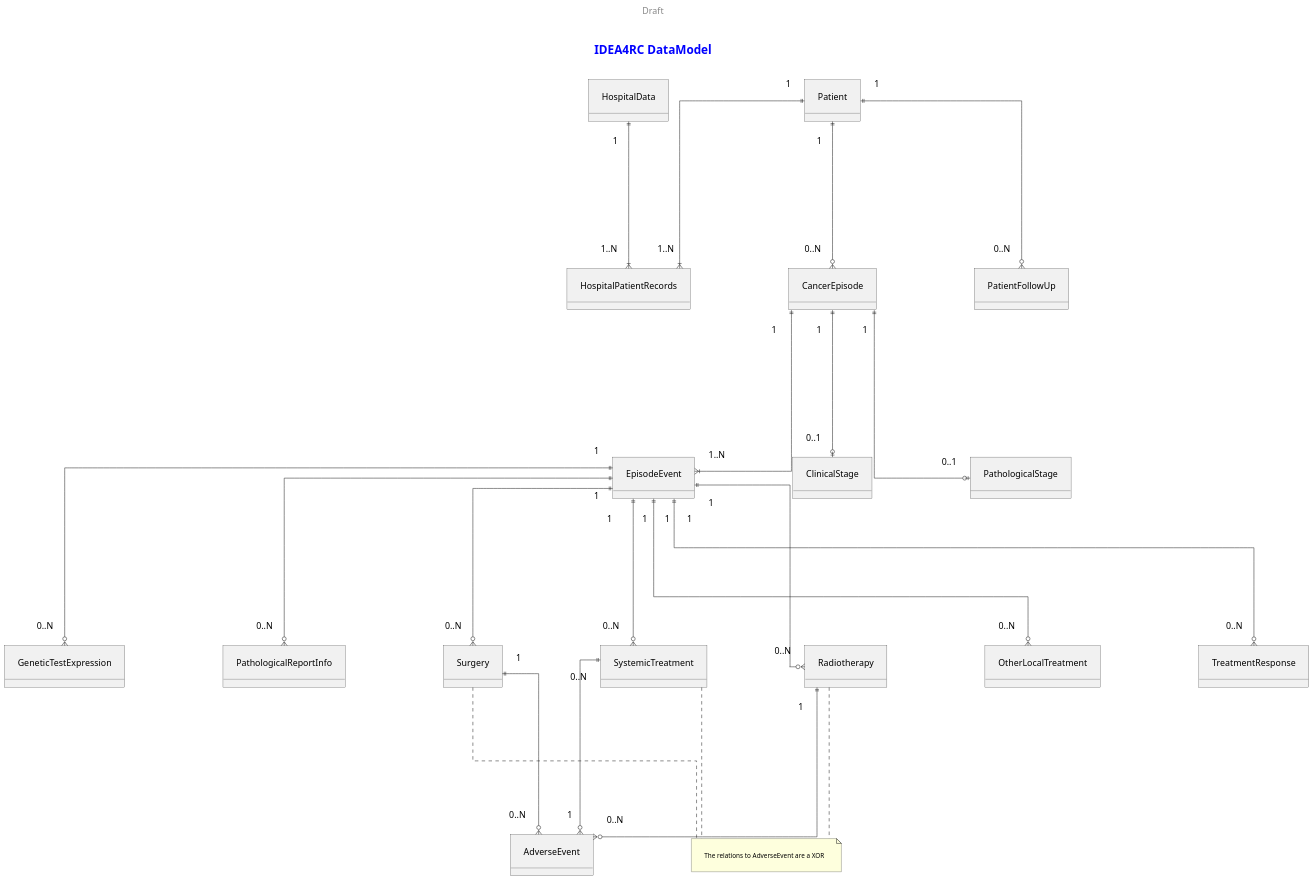
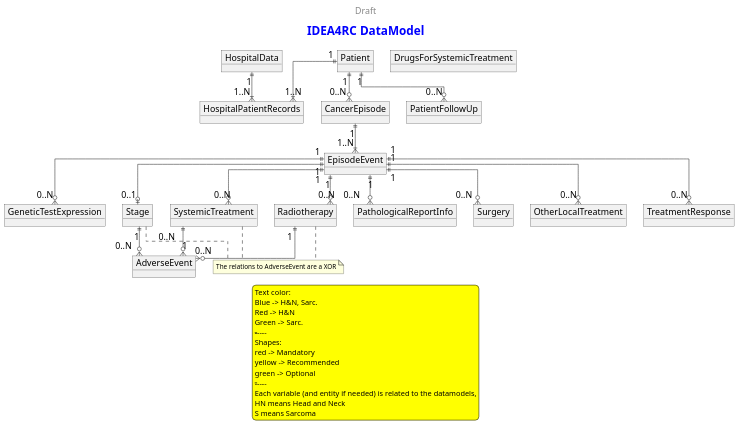
One commit to unai-zulaika/IDEA4RC-Datamodel-tools changed the diagram in ERD_builder/output_simple.wsd. Above: the diagram before and after it, drawn with PlantUML. The commit also changed 5 other files, not shown here.

```diff
--- a/ERD_builder/output_simple.wsd
+++ b/ERD_builder/output_simple.wsd
@@ -1,103 +1,130 @@
 @startuml
 
 <style>
 title {
   HorizontalAlignment right
   FontSize 24
   FontColor blue
 }
 
 header {
   HorizontalAlignment center
   FontSize 18
   ' FontColor purple
 }
 
 footer {
   HorizontalAlignment left
   FontSize 28
   FontColor red
 }
 
 legend {
   FontSize 15
   BackGroundColor yellow
   Margin 10
   Padding 5
 }
 
 caption {
   FontSize 32
 }
 
 arrow {
   FontSize 18
-  Padding 90
+  Padding 50
   Margin 50
 }
 
 </style>
 
 header Draft
 
 title IDEA4RC DataModel
 
 ' hide the spot
 hide circle
 
 ' avoid problems with angled crows feet
 skinparam linetype ortho
-skinparam padding 20
-skinparam nodesep 200
-skinparam ranksep 300
 
-object "Patient" as p
-object "HospitalData" as hd
-object "HospitalPatientRecords" as hpr
-object "PatientFollowUp" as pfu
-object "CancerEpisode" as ce
-object "EpisodeEvent" as ee
-object "GeneticTestExpression" as gte
-object "ClinicalStage" as cs
-object "PathologicalStage" as ps
-object "PathologicalReportInfo" as pri
-object "Surgery" as s
-object "SystemicTreatment" as st
-object "Radiotherapy" as r
-object "OtherLocalTreatment" as olt
-object "TreatmentResponse" as tr
-object "AdverseEvent" as ae
+object "Patient" as p {
+    }
+object "HospitalData" as hd {
+    }
+object "HospitalPatientRecords" as hpr {
+    }
+object "PatientFollowUp" as pfu {
+    }
+object "CancerEpisode" as ce {
+    }
+object "EpisodeEvent" as ee {
+    }
+object "GeneticTestExpression" as gte {
+    }
+object "Stage" as s {
+    }
+object "PathologicalReportInfo" as pri {
+    }
+object "Surgery" as su {
+    }
+object "SystemicTreatment" as st {
+    }
+object "Radiotherapy" as r {
+    }
+object "OtherLocalTreatment" as olt {
+    }
+object "DrugsForSystemicTreatment" as dfst {
+    }
+object "TreatmentResponse" as tr {
+    }
+object "AdverseEvent" as ae {
+    }
 p "1" ||--|{ "1..N" hpr
 hd "1" ||--|{ "1..N" hpr
 
 p "1" ||--o{ "0..N" ce
 p "1" ||--o{ "0..N" pfu
 
 ce "1" ||--|{ "1..N" ee
-ce "1" ||--o| "0..1" ps
-ce "1" ||--o| "0..1" cs
 
+ee "1" ||--o| "0..1" s
 ee "1" ||--o{ "0..N" r
-ee "1" ||--o{ "0..N" s
+ee "1" ||--o{ "0..N" su
 ee "1" ||--o{ "0..N" st
 ee "1" ||--o{ "0..N" olt
 ee "1" ||--o{ "0..N" gte
 ee "1" ||--o{ "0..N" tr
 ee "1" ||--o{ "0..N" pri
 
 
 note as N1
 The relations to AdverseEvent are a XOR
 end note
 
 s "1" ||--o{ "0..N" ae
 'note on link: XOR
 st "0..N" ||--o{ "1" ae
 'note on link: XOR
 r "1" ||--o{ "0..N" ae
 'note on link: XOR
 
 s .. N1
 st .. N1
 r .. N1
+legend
+Text color:
+Blue -> H&N, Sarc. 
+Red -> H&N
+Green -> Sarc.
+---------
+Shapes:
+red -> Mandatory
+yellow -> Recommended
+green -> Optional
+---------
+Each variable (and entity if needed) is related to the datamodels,
+HN means Head and Neck
+S means Sarcoma
+end legend
 @enduml
```
